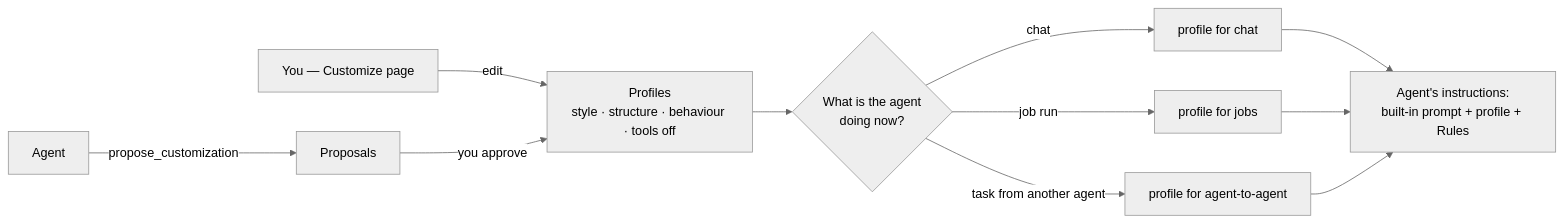
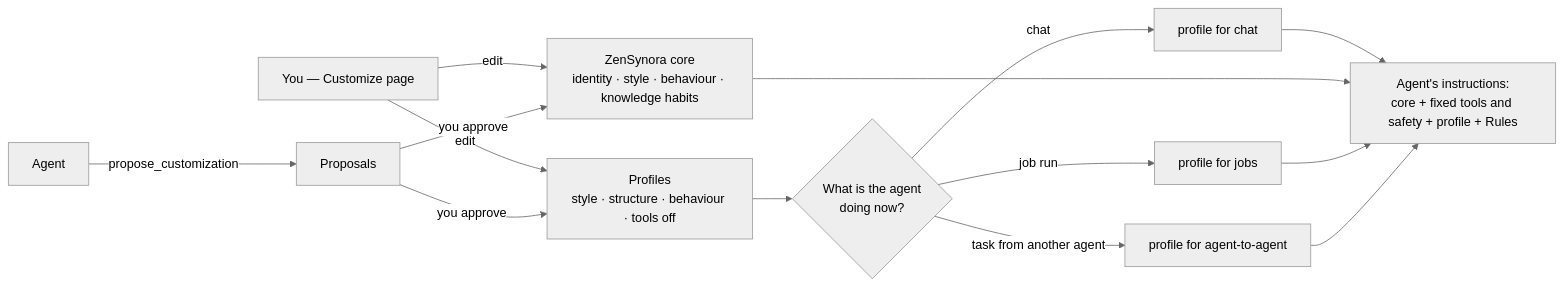
One commit to adrianx26/zensynora changed the diagram in docs/customize_guide.md. Above: the diagram before and after it, drawn with Mermaid (neutral theme). The commit also changed other lines of this file and 22 other files, not shown here.

First line of the commit message:
ZenSynora core visible and editable; default agent uses it

````diff
--- a/docs/customize_guide.md
+++ b/docs/customize_guide.md
@@ -10,13 +10,16 @@
 ```mermaid
 flowchart LR
-    U["You — Customize page"] -->|edit| P["Profiles<br/>style · structure · behaviour · tools off"]
+    U["You — Customize page"] -->|edit| K["ZenSynora core<br/>identity · style · behaviour · knowledge habits"]
+    U -->|edit| P["Profiles<br/>style · structure · behaviour · tools off"]
     A["Agent"] -->|propose_customization| Q["Proposals"]
     Q -->|you approve| P
     P --> W{"What is the agent<br/>doing now?"}
     W -->|chat| C["profile for chat"]
     W -->|job run| J["profile for jobs"]
     W -->|task from another agent| G["profile for agent-to-agent"]
-    C --> S["Agent's instructions:<br/>built-in prompt + profile + Rules"]
+    Q -->|you approve| K
+    C --> S["Agent's instructions:<br/>core + fixed tools and safety + profile + Rules"]
+    K --> S
     J --> S
     G --> S
 ```
````
